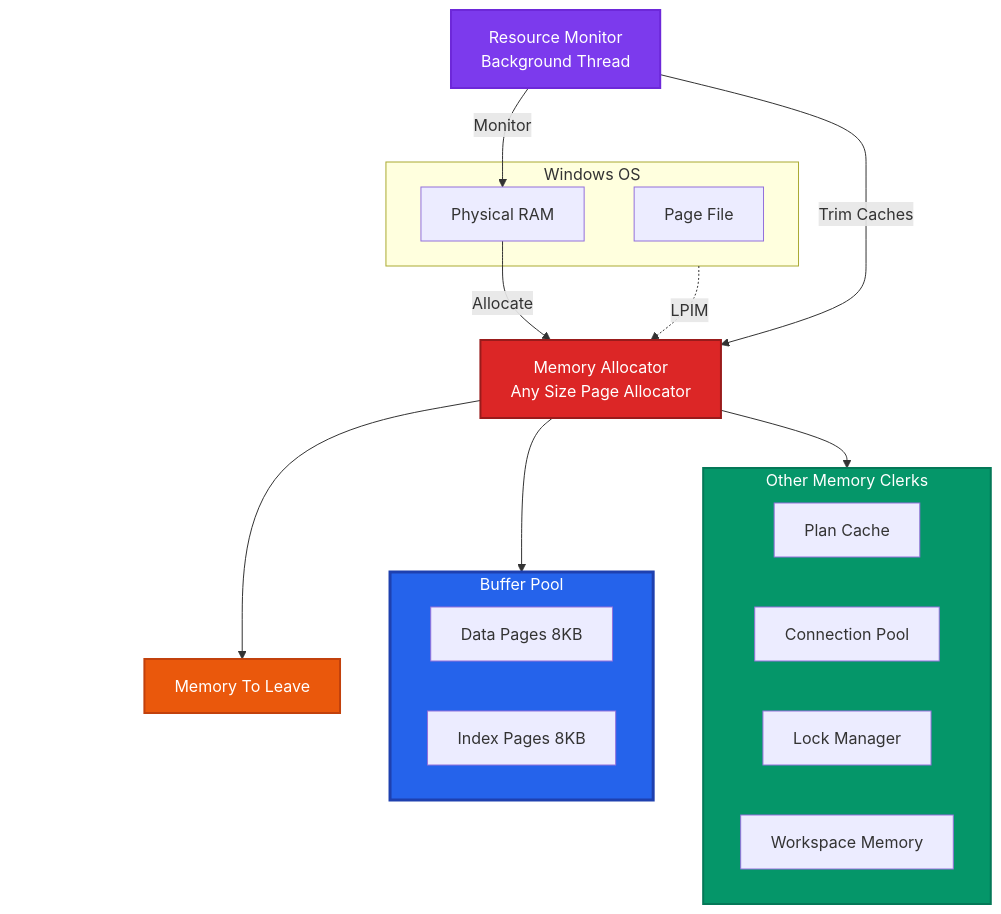
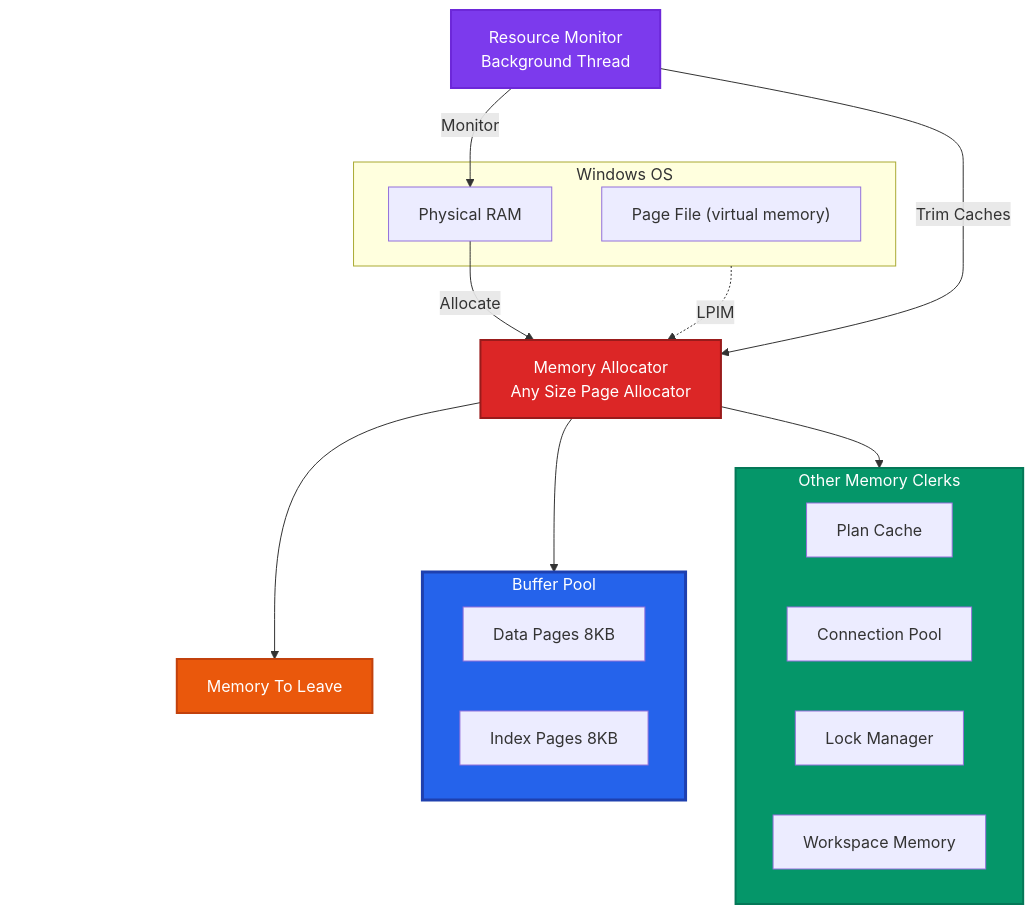
Before and after one commit to phakkhaphong/sql-server-performance-tuning: the third of 7 diagrams in Module_04_Memory/README.md, drawn with Mermaid.

Commit message:
Update README diagram for Windows OS memory representation, clarifying the role of the Page File by renaming it to "Page File (virtual memory)" for improved accuracy and consistency in terminology.

````diff
--- a/Module_04_Memory/README.md
+++ b/Module_04_Memory/README.md
@@ -134,53 +134,53 @@
 ```mermaid
 flowchart TB
     subgraph OS["Windows OS"]
         PhysicalRAM["Physical RAM"]
-        PageFile["Page File"]
+        PageFile["Page File (virtual memory)"]
     end
     
     SpacerA[ ]
     
     MemoryAllocator["Memory Allocator<br/>Any Size Page Allocator"]
     
     SpacerB[ ]
     
     subgraph BPool["Buffer Pool"]
         DataPages["Data Pages 8KB"]
         IndexPages["Index Pages 8KB"]
     end
     
     SpacerC[ ]
     
     subgraph OtherClerks["Other Memory Clerks"]
         PlanCache["Plan Cache"]
         ConnectionPool["Connection Pool"]
         LockManager["Lock Manager"]
         WorkspaceGrant["Workspace Memory"]
     end
     
     MTL["Memory To Leave"]
     
     SpacerD[ ]
     
     ResourceMonitor["Resource Monitor<br/>Background Thread"]
     
     PhysicalRAM -->|Allocate| MemoryAllocator
     MemoryAllocator --> BPool
     MemoryAllocator --> OtherClerks
     MemoryAllocator --> MTL
     
     ResourceMonitor -->|Monitor| PhysicalRAM
     ResourceMonitor -->|Trim Caches| MemoryAllocator
     
     OS -.->|LPIM| MemoryAllocator
     
     style BPool fill:#2563eb,stroke:#1e40af,stroke-width:3px,color:#fff
     style OtherClerks fill:#059669,stroke:#047857,stroke-width:2px,color:#fff
     style MTL fill:#ea580c,stroke:#c2410c,stroke-width:2px,color:#fff
     style ResourceMonitor fill:#7c3aed,stroke:#6d28d9,stroke-width:2px,color:#fff
     style MemoryAllocator fill:#dc2626,stroke:#991b1b,stroke-width:2px,color:#fff
     style SpacerA fill:transparent,stroke:transparent,color:transparent
     style SpacerB fill:transparent,stroke:transparent,color:transparent
     style SpacerC fill:transparent,stroke:transparent,color:transparent
     style SpacerD fill:transparent,stroke:transparent,color:transparent
 ```
````
